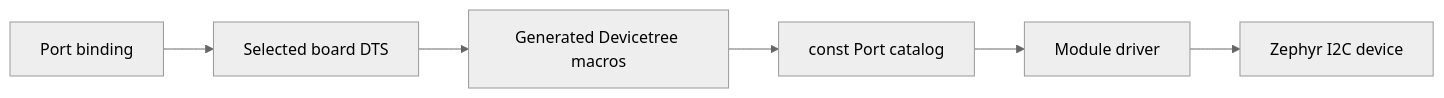
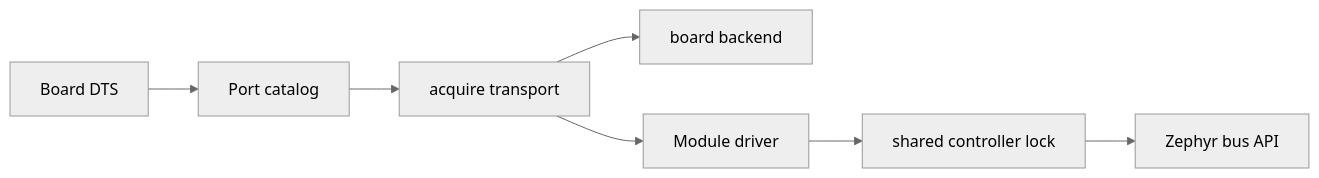
One commit to andreapiccini/SpaghettiLAB changed the diagram in Firmware/core/subsys/port/README.md. Above: the diagram before and after it, drawn with Mermaid (neutral theme). The commit also changed other lines of this file and 28 other files, not shown here.

Commit message:
generalize Port transports with shared controller locks and mark TASK-300-01 done

````diff
--- a/Firmware/core/subsys/port/README.md
+++ b/Firmware/core/subsys/port/README.md
@@ -58,8 +39,9 @@
 ```mermaid
 flowchart LR
-    BINDING["Port binding"] --> DTS["Selected board DTS"]
-    DTS --> MACROS["Generated Devicetree macros"]
-    MACROS --> CATALOG["const Port catalog"]
-    CATALOG --> DRIVER["Module driver"]
-    DRIVER --> I2C["Zephyr I2C device"]
+    DTS["Board DTS"] --> CATALOG["Port catalog"]
+    CATALOG --> ACQUIRE["acquire transport"]
+    ACQUIRE --> BACKEND["board backend"]
+    ACQUIRE --> DRIVER["Module driver"]
+    DRIVER --> LOCK["shared controller lock"]
+    LOCK --> ZEPHYR["Zephyr bus API"]
 ```
````
